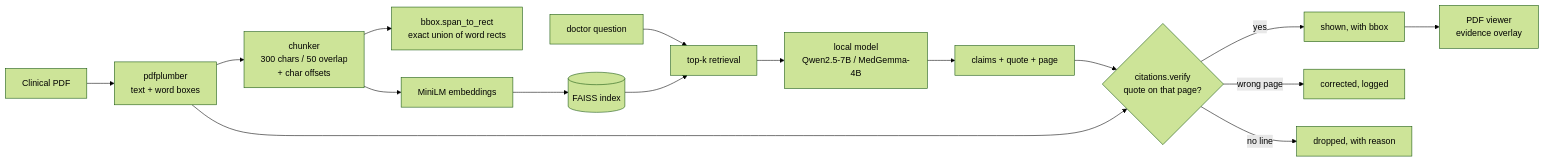
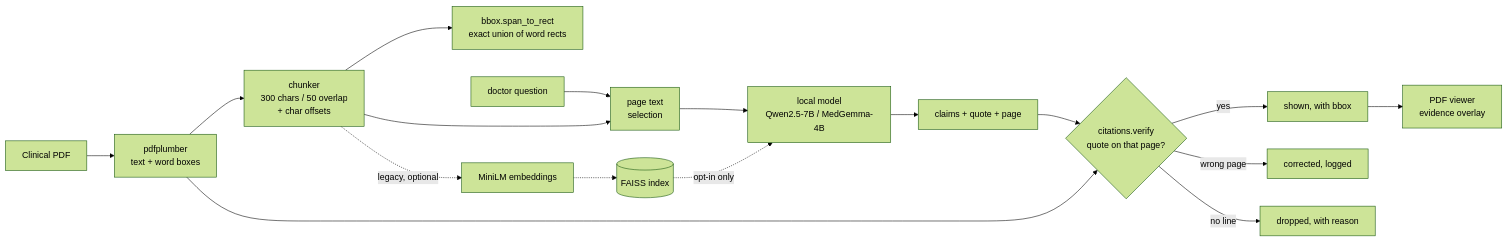
One commit to sanju-zxt/EUNOCURA changed the diagram in README.md. Above: the diagram before and after it, drawn with Mermaid (forest theme). The commit also changed other lines of this file and 10 other files, not shown here.

````diff
--- a/README.md
+++ b/README.md
@@ -188,20 +209,22 @@
 ```mermaid
 flowchart LR
     PDF[Clinical PDF] --> EX[pdfplumber<br/>text + word boxes]
     EX --> CK[chunker<br/>300 chars / 50 overlap<br/>+ char offsets]
     CK --> BX[bbox.span_to_rect<br/>exact union of word rects]
-    CK --> EMB[MiniLM embeddings]
-    EMB --> FAISS[(FAISS index)]
 
-    Q[doctor question] --> RET[top-k retrieval]
-    FAISS --> RET
-    RET --> LLM[local model<br/>Qwen2.5-7B / MedGemma-4B]
+    Q[doctor question] --> SEL[page text<br/>selection]
+    CK --> SEL
+    SEL --> LLM[local model<br/>Qwen2.5-7B / MedGemma-4B]
     LLM --> OFF[claims + quote + page]
     OFF --> VER{citations.verify<br/>quote on that page?}
     VER -->|yes| KEEP[shown, with bbox]
     VER -->|wrong page| FIX[corrected, logged]
     VER -->|no line| DROP[dropped, with reason]
     EX --> VER
 
     KEEP --> UI[PDF viewer<br/>evidence overlay]
+
+    CK -.legacy, optional.-> EMB[MiniLM embeddings]
+    EMB -.-> FAISS[(FAISS index)]
+    FAISS -.opt-in only.-> LLM
 ```
````
